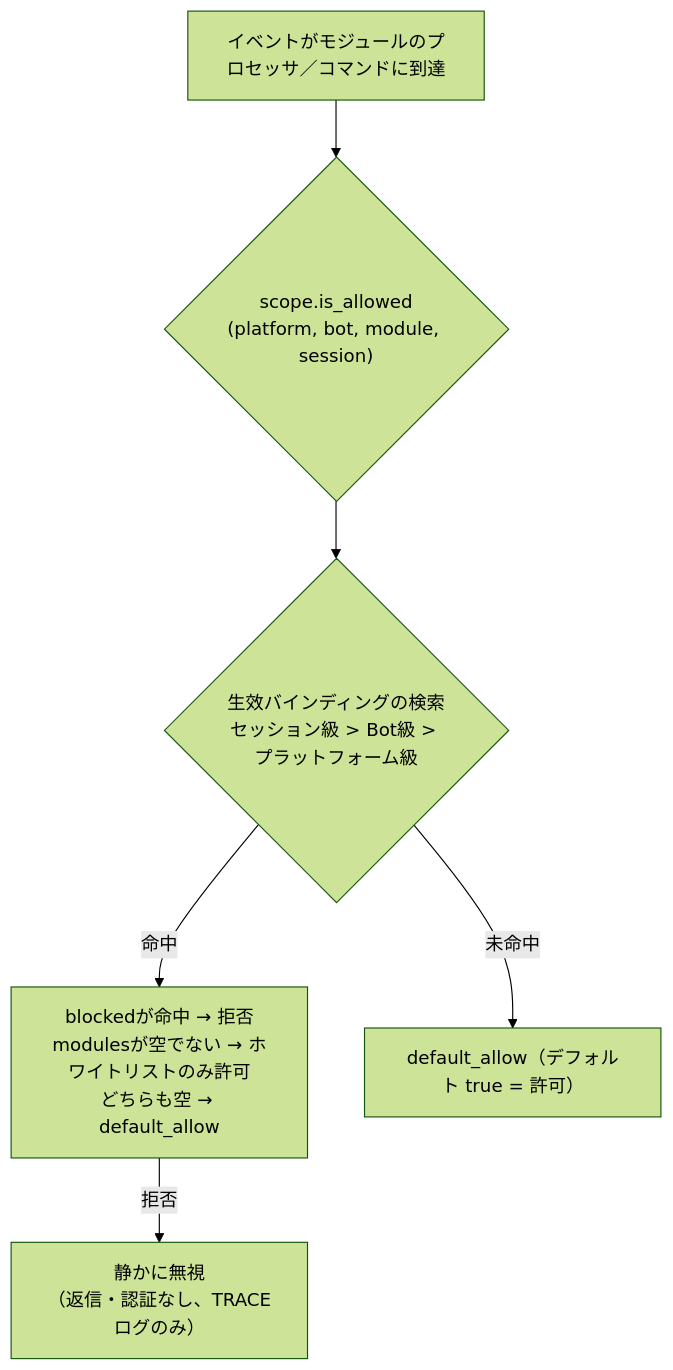
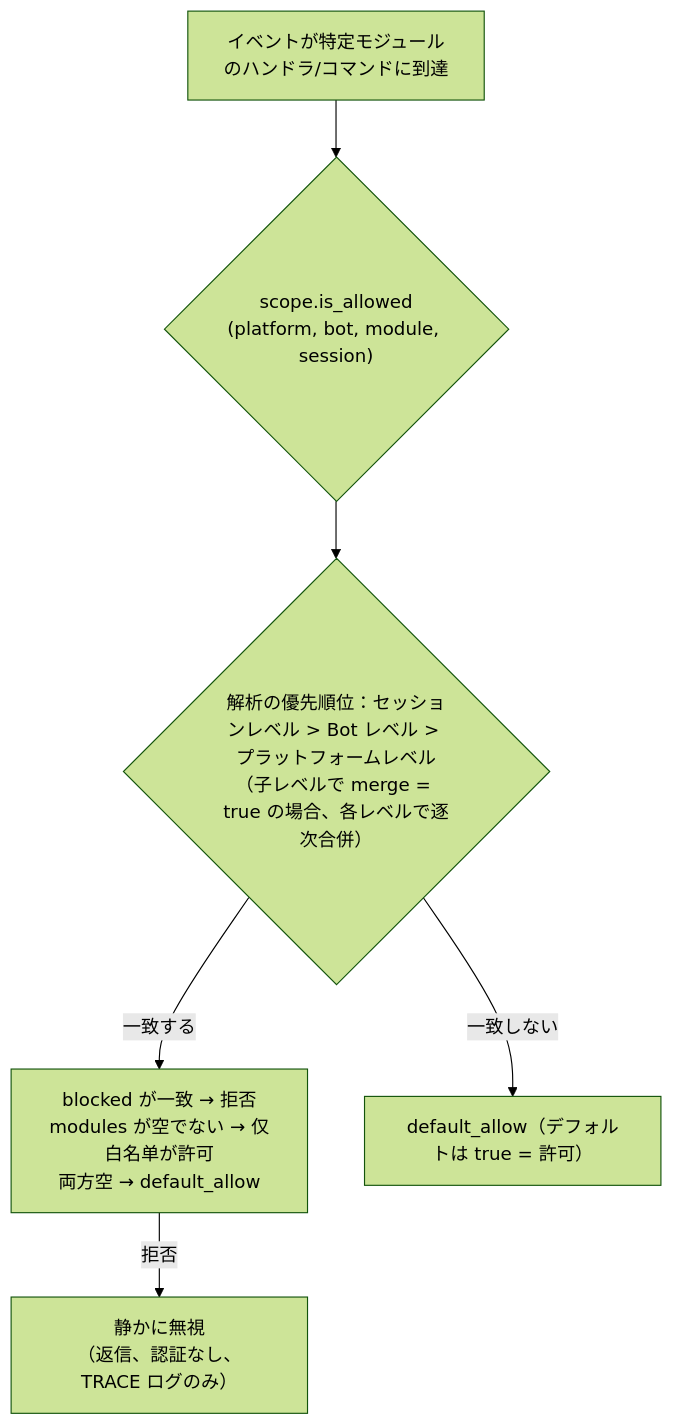
Before and after one commit to ErisPulse/ErisPulse: the diagram in docs/ja/advanced/scope.md, drawn with Mermaid (forest theme). The commit also changed other lines of this file and 91 other files, not shown here.

````diff
--- a/docs/ja/advanced/scope.md
+++ b/docs/ja/advanced/scope.md
@@ -109,8 +97,8 @@
 ```mermaid
 flowchart TD
-    A["イベントがモジュールのプロセッサ／コマンドに到達"] --> B{"scope.is_allowed<br/>(platform, bot, module, session)"}
-    B --> C{"生效バインディングの検索<br/>セッション級 > Bot級 > プラットフォーム級"}
-    C -->|"命中"| D["blockedが命中 → 拒否<br/>modulesが空でない → ホワイトリストのみ許可<br/>どちらも空 → default_allow"]
-    C -->|"未命中"| E["default_allow（デフォルト true = 許可）"]
-    D -->|"拒否"| Z["静かに無視<br/>（返信・認証なし、TRACEログのみ）"]
+    A["イベントが特定モジュールのハンドラ/コマンドに到達"] --> B{"scope.is_allowed<br/>(platform, bot, module, session)"}
+    B --> C{"解析の優先順位：セッションレベル > Bot レベル > プラットフォームレベル<br/>（子レベルで merge = true の場合、各レベルで逐次合併）"}
+    C -->|"一致する"| D["blocked が一致 → 拒否<br/>modules が空でない → 仅白名单が許可<br/>両方空 → default_allow"]
+    C -->|"一致しない"| E["default_allow（デフォルトは true = 許可）"]
+    D -->|"拒否"| Z["静かに無視<br/>（返信、認証なし、TRACE ログのみ）"]
 ```
````
